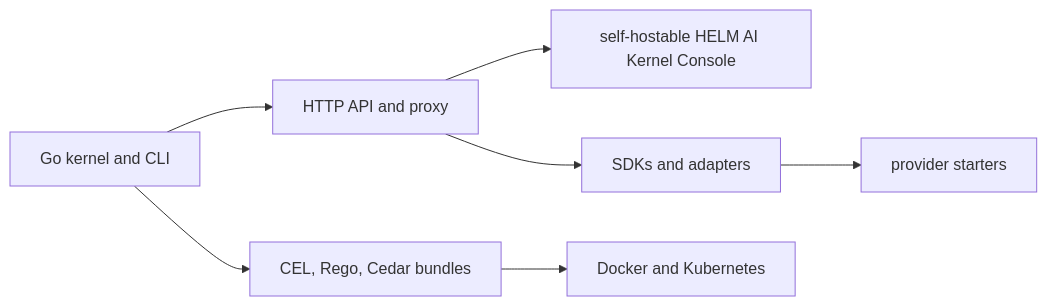
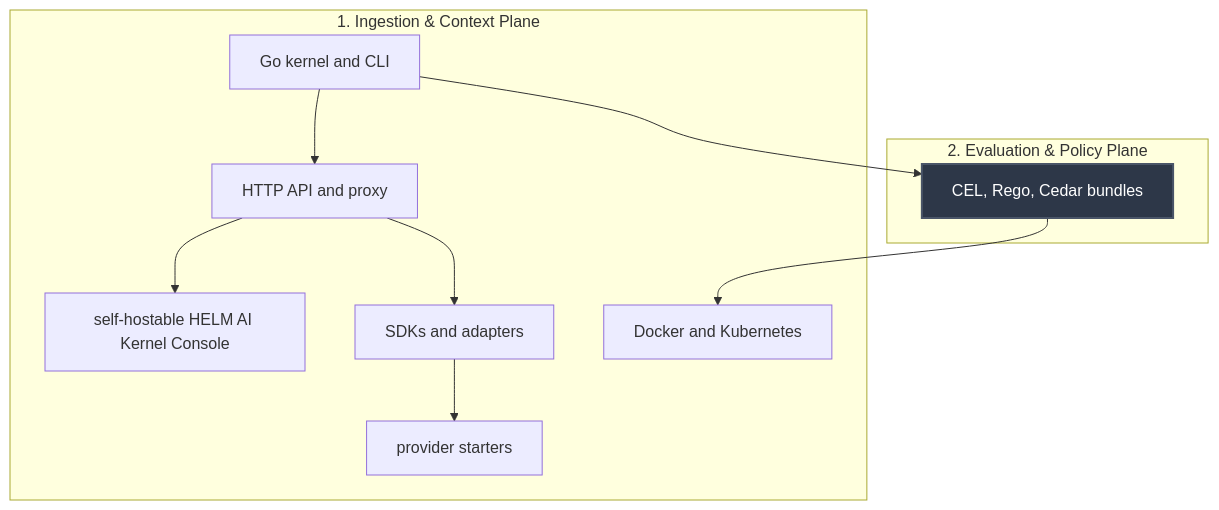
Before and after one commit to Mindburn-Labs/helm-ai-kernel: the diagram in docs/COMPATIBILITY.md, drawn with Mermaid. The commit also changed other lines of this file and 330 other files, not shown here.

````diff
--- a/docs/COMPATIBILITY.md
+++ b/docs/COMPATIBILITY.md
@@ -20,9 +20,26 @@
 ```mermaid
-flowchart LR
-  Kernel["Go kernel and CLI"] --> API["HTTP API and proxy"]
-  API --> Console["self-hostable HELM AI Kernel Console"]
-  API --> SDKs["SDKs and adapters"]
-  SDKs --> Starters["provider starters"]
-  Kernel --> Policy["CEL, Rego, Cedar bundles"]
-  Policy --> Deploy["Docker and Kubernetes"]
+flowchart TD
+    subgraph Ingestion["1. Ingestion & Context Plane"]
+        Kernel["Go kernel and CLI"]
+        API["HTTP API and proxy"]
+        Console["self-hostable HELM AI Kernel Console"]
+        SDKs["SDKs and adapters"]
+        Starters["provider starters"]
+        Deploy["Docker and Kubernetes"]
+    end
+
+    subgraph Evaluation["2. Evaluation & Policy Plane"]
+        Policy["CEL, Rego, Cedar bundles"]
+    end
+
+    %% Operational Flow Edges
+    Kernel --> API
+    API --> Console
+    API --> SDKs
+    SDKs --> Starters
+    Kernel --> Policy
+    Policy --> Deploy
+
+    %% Premium Styling Rules
+    style Policy fill:#2d3748,stroke:#4a5568,stroke-width:2px,color:#fff
 ```
````
